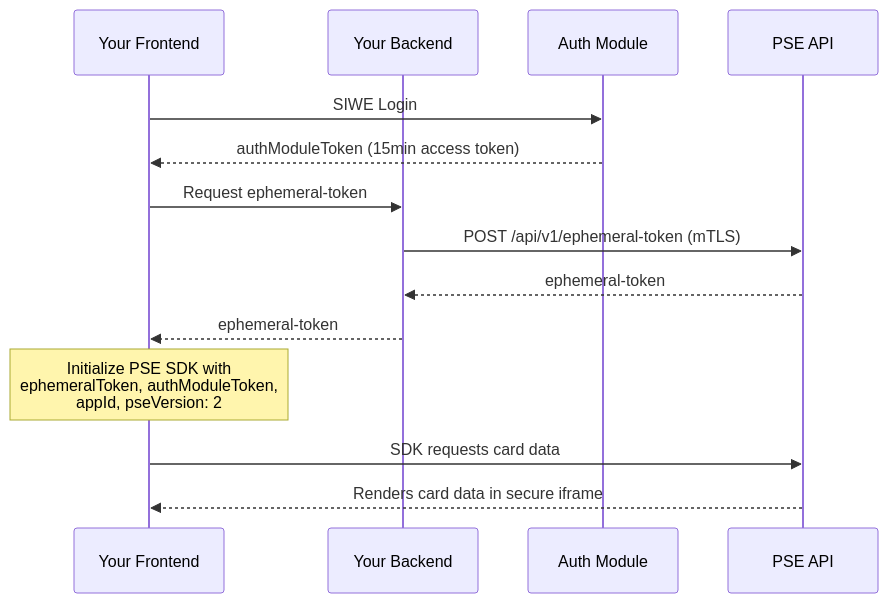
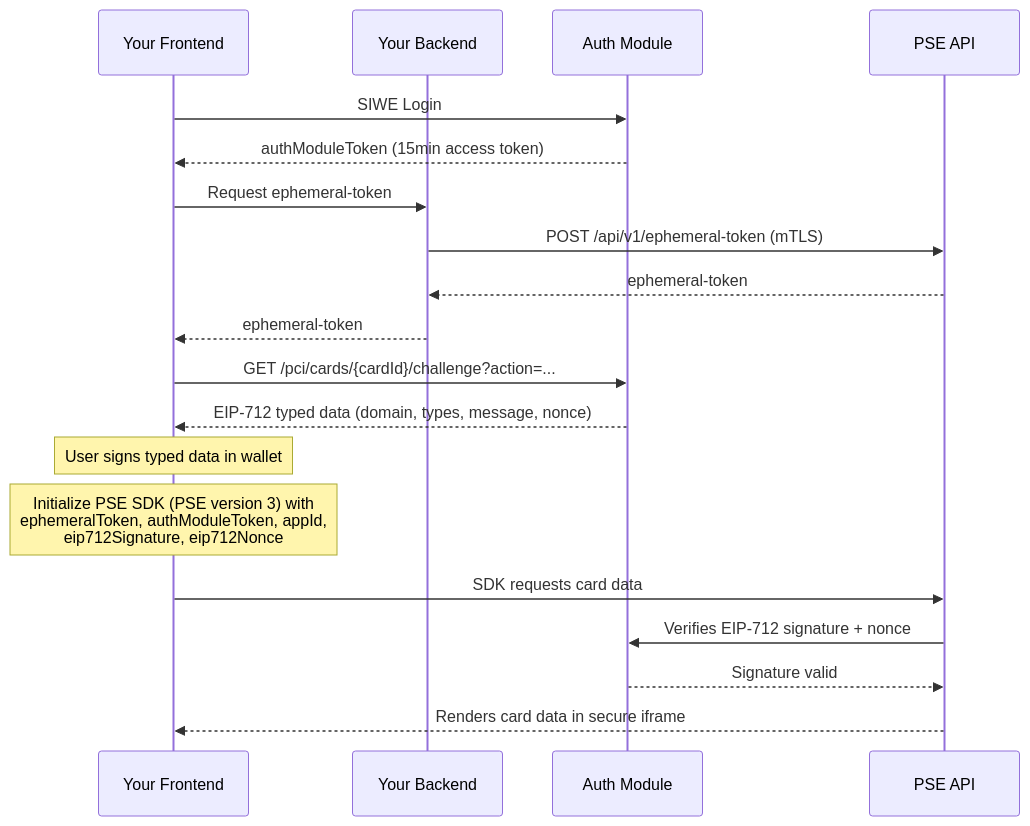
The diagram in v2/cards/v2-pse-integration.mdx (gnosispay/docs), drawn with Mermaid before and after one commit. The commit also changed other lines of this file, not shown here.

````diff
--- a/v2/cards/v2-pse-integration.mdx
+++ b/v2/cards/v2-pse-integration.mdx
@@ -37,20 +33,26 @@
 ```mermaid
     sequenceDiagram
         participant FE as Your Frontend
         participant BE as Your Backend
         participant Auth as Auth Module
         participant PSE as PSE API
 
         FE->>Auth: SIWE Login
         Auth-->>FE: authModuleToken (15min access token)
 
         FE->>BE: Request ephemeral-token
         BE->>PSE: POST /api/v1/ephemeral-token (mTLS)
         PSE-->>BE: ephemeral-token
         BE-->>FE: ephemeral-token
 
-        Note over FE: Initialize PSE SDK with<br/>ephemeralToken, authModuleToken,<br/>appId, pseVersion: 2
+        FE->>Auth: GET /pci/cards/{cardId}/challenge?action=...
+        Auth-->>FE: EIP-712 typed data (domain, types, message, nonce)
+        Note over FE: User signs typed data in wallet
+
+        Note over FE: Initialize PSE SDK (PSE version 3) with<br/>ephemeralToken, authModuleToken, appId,<br/>eip712Signature, eip712Nonce
 
         FE->>PSE: SDK requests card data
+        PSE->>Auth: Verifies EIP-712 signature + nonce
+        Auth-->>PSE: Signature valid
         PSE-->>FE: Renders card data in secure iframe
 ```
````
